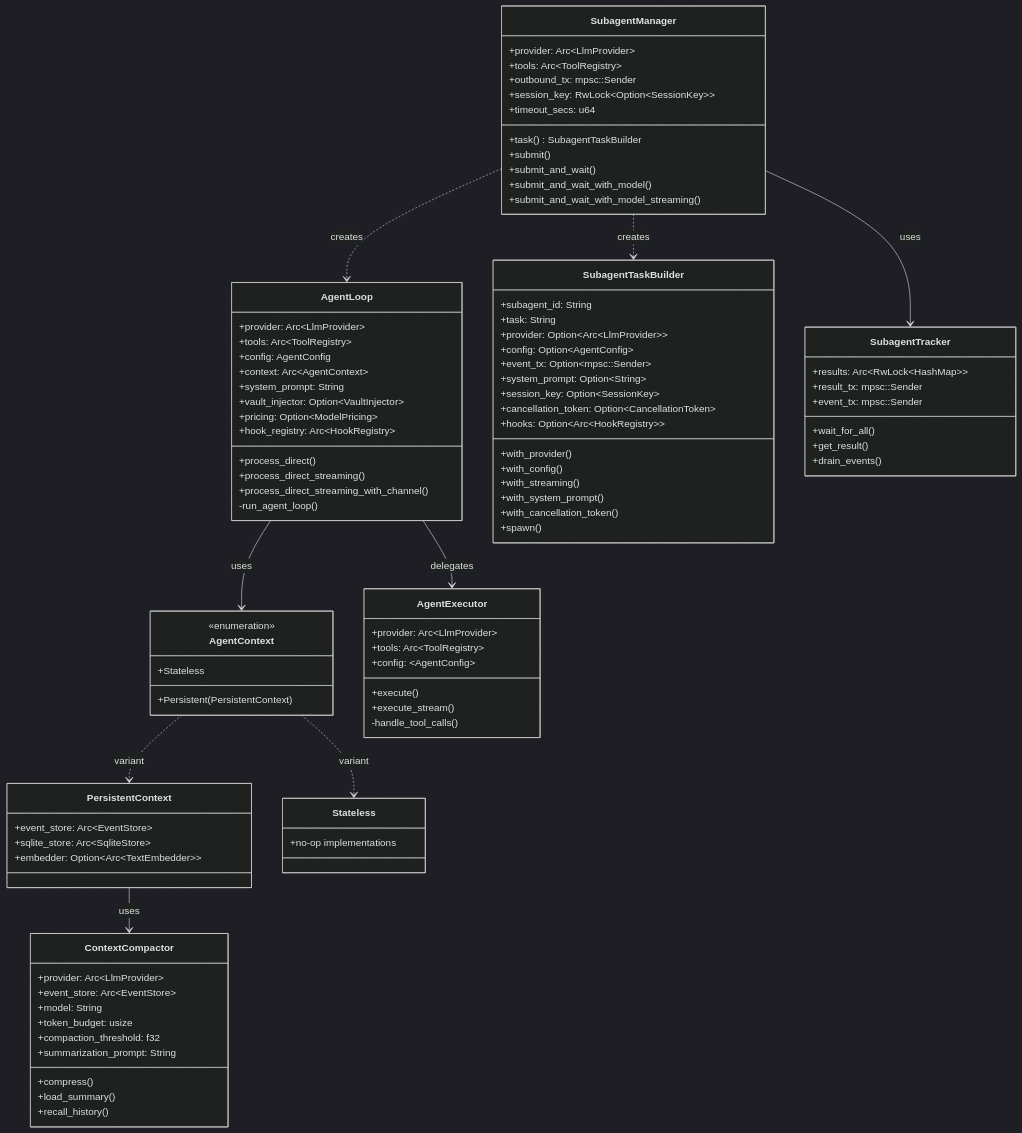
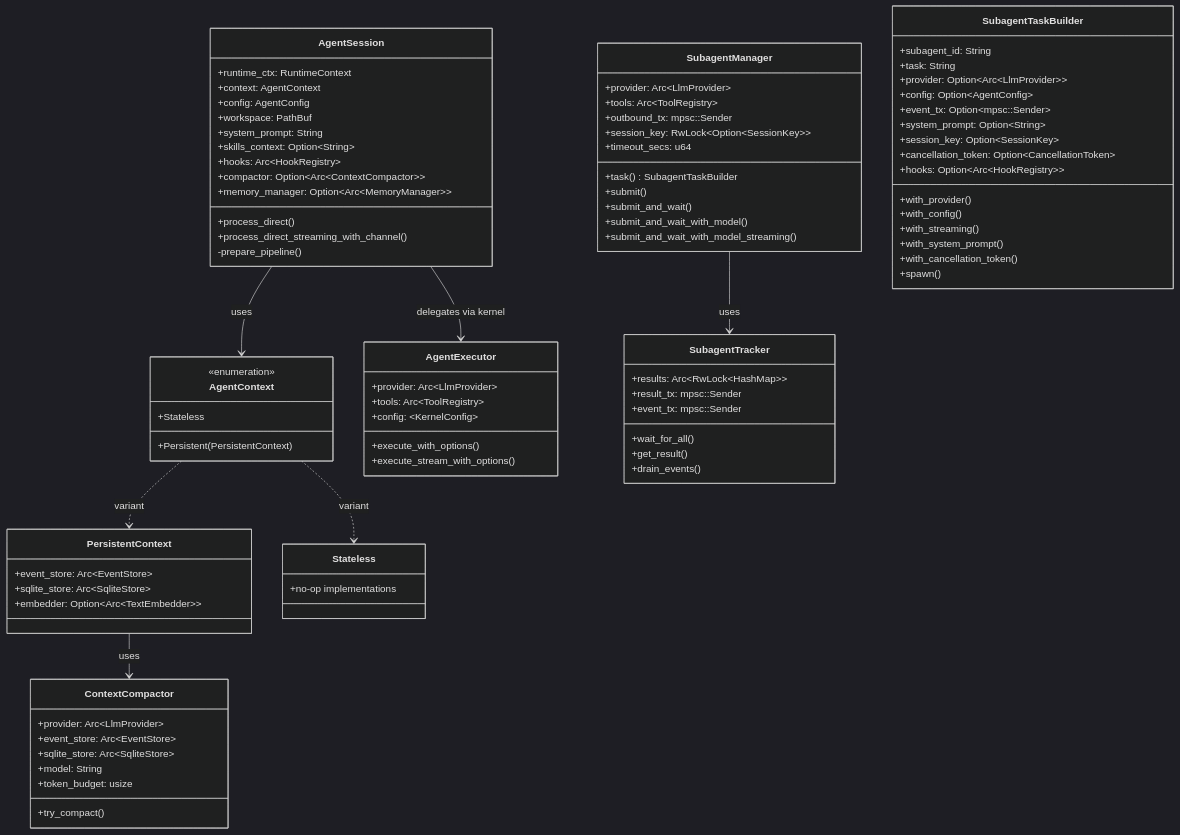
Before and after one commit to yeheng/nanobot-rs: the fourth of 4 diagrams in docs/agent_flow.md, drawn with Mermaid (dark theme). The commit also changed other lines of this file and 12 other files, not shown here.

First line of the commit message:
feat(docs): 重构架构文档以反映 AgentSession 与 Kernel 分离设计

````diff
--- a/docs/agent_flow.md
+++ b/docs/agent_flow.md
@@ -144,18 +143,18 @@
 ```mermaid
 classDiagram
-    class AgentLoop {
-        +provider: Arc~LlmProvider~
-        +tools: Arc~ToolRegistry~
+    class AgentSession {
+        +runtime_ctx: RuntimeContext
+        +context: AgentContext
         +config: AgentConfig
-        +context: Arc~AgentContext~
+        +workspace: PathBuf
         +system_prompt: String
-        +vault_injector: Option~VaultInjector~
-        +pricing: Option~ModelPricing~
-        +hook_registry: Arc~HookRegistry~
+        +skills_context: Option~String~
+        +hooks: Arc~HookRegistry~
+        +compactor: Option~Arc~ContextCompactor~~
+        +memory_manager: Option~Arc~MemoryManager~~
         +process_direct()
-        +process_direct_streaming()
         +process_direct_streaming_with_channel()
-        -run_agent_loop()
+        -prepare_pipeline()
     }
 
     class AgentContext {
@@ -177,22 +176,18 @@
     class ContextCompactor {
         +provider: Arc~LlmProvider~
         +event_store: Arc~EventStore~
+        +sqlite_store: Arc~SqliteStore~
         +model: String
         +token_budget: usize
-        +compaction_threshold: f32
-        +summarization_prompt: String
-        +compress()
-        +load_summary()
-        +recall_history()
+        +try_compact()
     }
 
     class AgentExecutor {
         +provider: Arc~LlmProvider~
         +tools: Arc~ToolRegistry~
-        +config: ~AgentConfig~
-        +execute()
-        +execute_stream()
-        -handle_tool_calls()
+        +config: ~KernelConfig~
+        +execute_with_options()
+        +execute_stream_with_options()
     }
 
     class SubagentManager {
@@ -235,12 +230,10 @@
         +drain_events()
     }
 
-    AgentLoop --> AgentContext : uses
+    AgentSession --> AgentContext : uses
     AgentContext ..> PersistentContext : variant
     AgentContext ..> Stateless : variant
     PersistentContext --> ContextCompactor : uses
-    AgentLoop --> AgentExecutor : delegates
-    SubagentManager ..> AgentLoop : creates
+    AgentSession --> AgentExecutor : delegates via kernel
     SubagentManager --> SubagentTracker : uses
-    SubagentManager ..> SubagentTaskBuilder : creates
 ```
````
